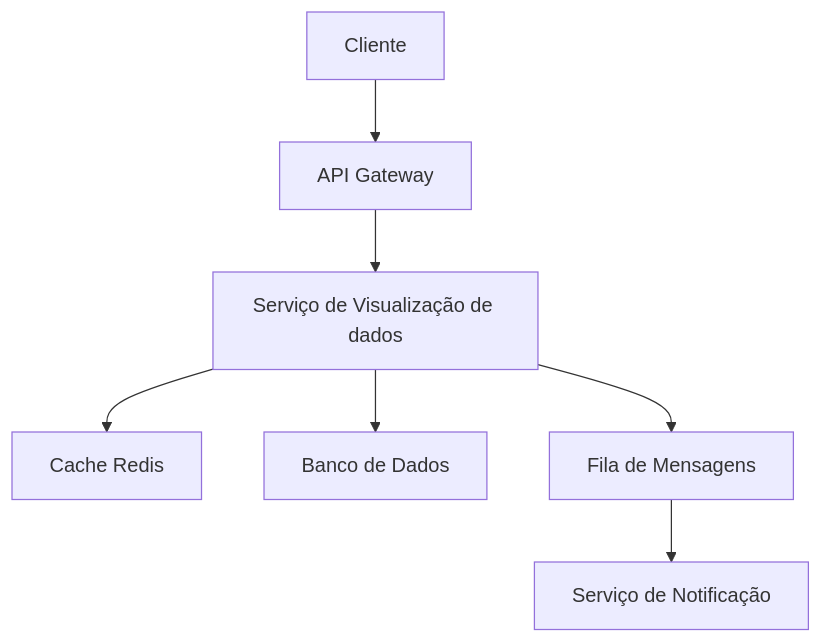
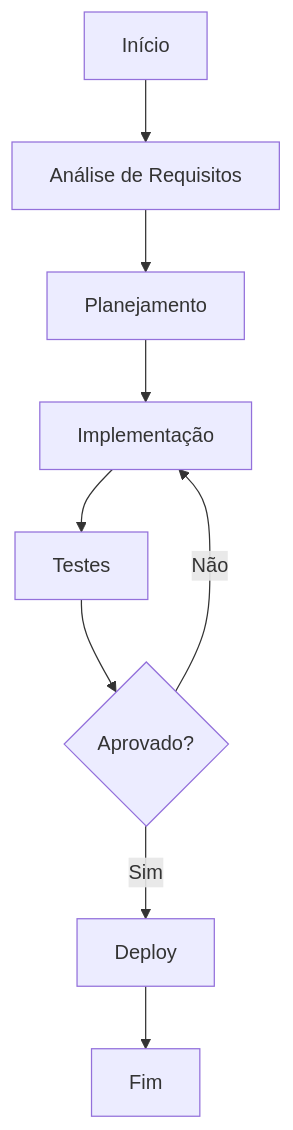
The diagram in 01-produtos/analytics-airich/visualização-de-dados-0082.md (aleemerich/corp-kb-ai-benchmark), drawn with Mermaid before and after one commit. The commit also changed other lines of this file and 2492 other files, not shown here.

````diff
--- a/01-produtos/analytics-airich/visualização-de-dados-0082.md
+++ b/01-produtos/analytics-airich/visualização-de-dados-0082.md
@@ -50,9 +15,11 @@
 ```mermaid
-graph TD
-    A[Cliente] --> B[API Gateway]
-    B --> C[Serviço de Visualização de dados]
-    C --> D[Cache Redis]
-    C --> E[Banco de Dados]
-    C --> F[Fila de Mensagens]
-    F --> G[Serviço de Notificação]
+flowchart TD
+    A[Início] --> B[Análise de Requisitos]
+    B --> C[Planejamento]
+    C --> D[Implementação]
+    D --> E[Testes]
+    E --> F{Aprovado?}
+    F -->|Sim| G[Deploy]
+    F -->|Não| D
+    G --> H[Fim]
 ```
````
